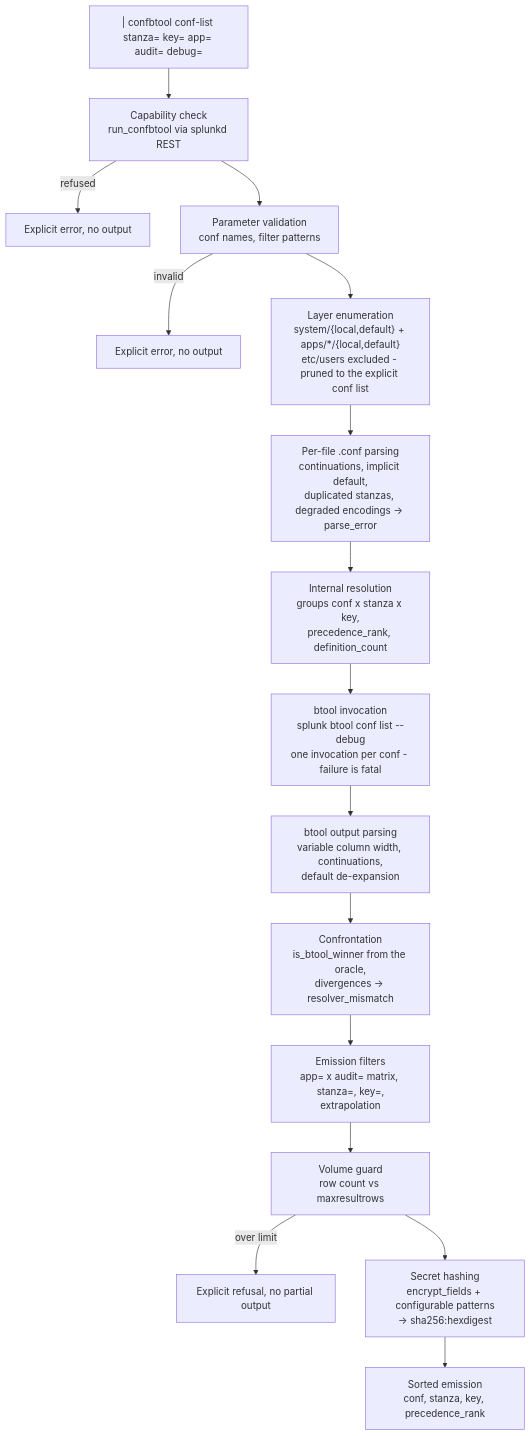
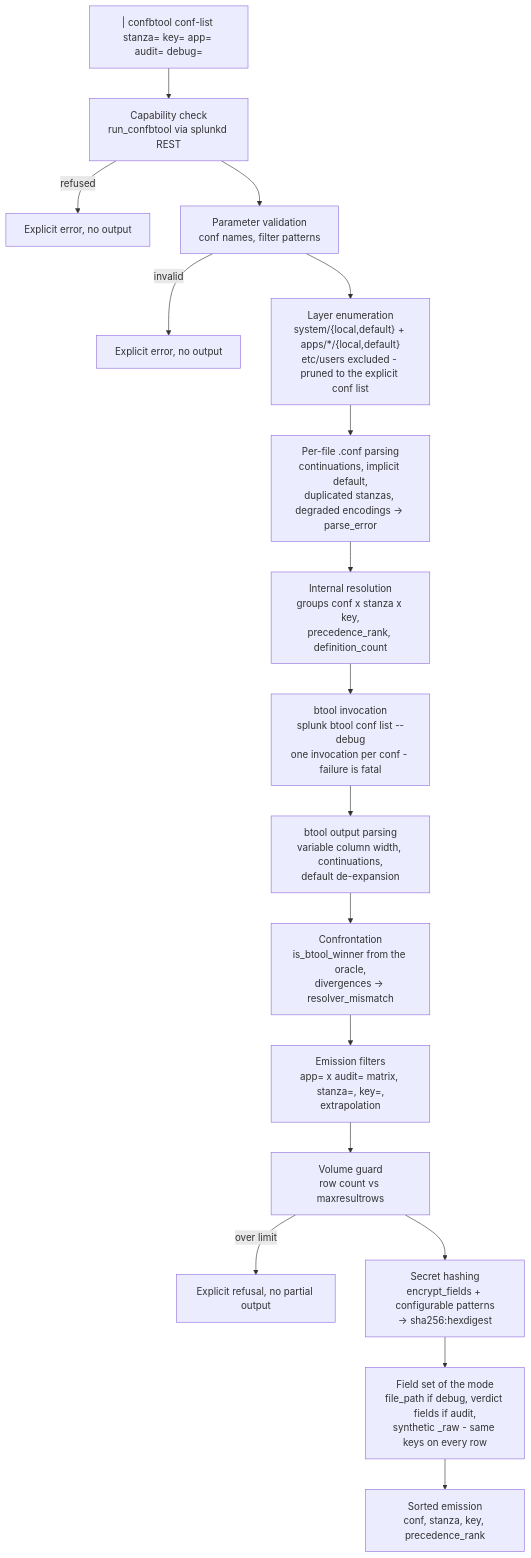
Before and after one commit to rafiki31130/SA-conf-audit: the diagram in README.md, drawn with Mermaid. The commit also changed other lines of this file, not shown here.

````diff
--- a/README.md
+++ b/README.md
@@ -145,18 +188,19 @@
 ```mermaid
 flowchart TD
     A["| confbtool conf-list stanza= key= app= audit= debug="] --> B["Capability check<br/>run_confbtool via splunkd REST"]
     B -- refused --> B1["Explicit error, no output"]
     B --> C["Parameter validation<br/>conf names, filter patterns"]
     C -- invalid --> C1["Explicit error, no output"]
     C --> D["Layer enumeration<br/>system/{local,default} + apps/*/{local,default}<br/>etc/users excluded - pruned to the explicit conf list"]
     D --> E["Per-file .conf parsing<br/>continuations, implicit default,<br/>duplicated stanzas, degraded encodings -> parse_error"]
     E --> F["Internal resolution<br/>groups conf x stanza x key,<br/>precedence_rank, definition_count"]
     F --> G["btool invocation<br/>splunk btool conf list --debug<br/>one invocation per conf - failure is fatal"]
     G --> H["btool output parsing<br/>variable column width, continuations,<br/>default de-expansion"]
     H --> I["Confrontation<br/>is_btool_winner from the oracle,<br/>divergences -> resolver_mismatch"]
     I --> J["Emission filters<br/>app= x audit= matrix, stanza=, key=,<br/>extrapolation"]
     J --> K["Volume guard<br/>row count vs maxresultrows"]
     K -- over limit --> K1["Explicit refusal, no partial output"]
     K --> L["Secret hashing<br/>encrypt_fields + configurable patterns<br/>-> sha256:hexdigest"]
-    L --> M["Sorted emission<br/>conf, stanza, key, precedence_rank"]
+    L --> N["Field set of the mode<br/>file_path if debug, verdict fields if audit,<br/>synthetic _raw - same keys on every row"]
+    N --> M["Sorted emission<br/>conf, stanza, key, precedence_rank"]
 ```
````
